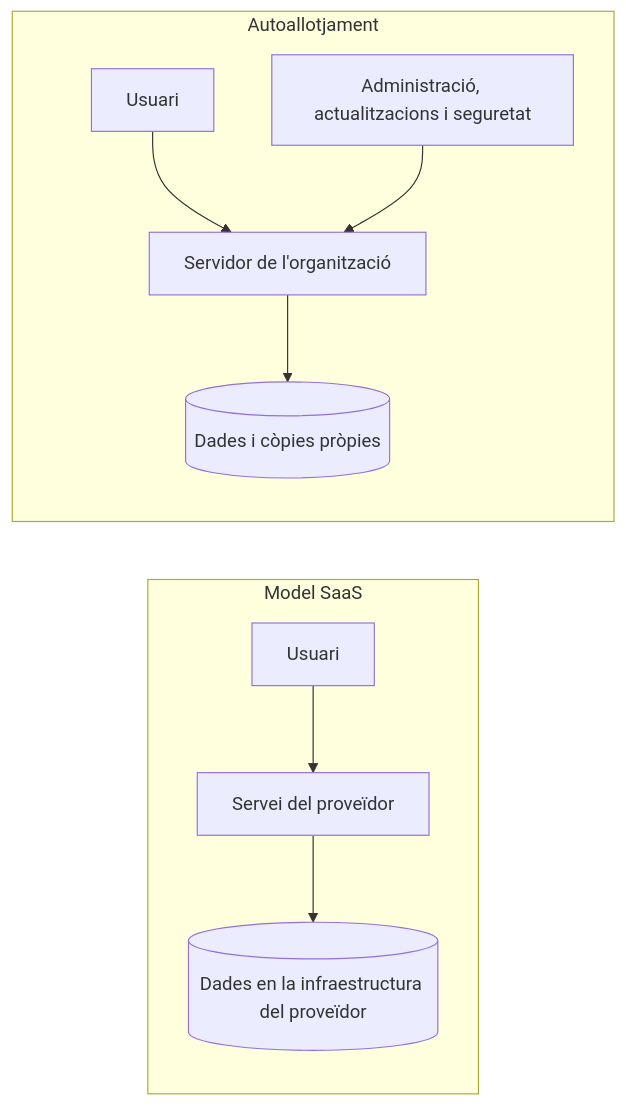
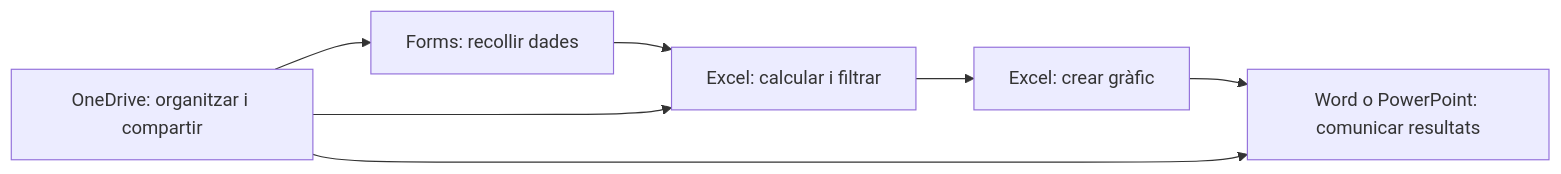
The diagram in docs/smx-aw/up2/02-solucions-ofimatica-web.md (jordicido/jordicina), drawn with Mermaid before and after one commit. The commit also changed other lines of this file and 5 other files, not shown here.

````diff
--- a/docs/smx-aw/up2/02-solucions-ofimatica-web.md
+++ b/docs/smx-aw/up2/02-solucions-ofimatica-web.md
@@ -98,12 +26,9 @@
 ```mermaid
 flowchart LR
-    subgraph SaaS[Model SaaS]
-        US[Usuari] --> PS[Servei del proveïdor]
-        PS --> PD[(Dades en la infraestructura del proveïdor)]
-    end
-    subgraph SELF[Autoallotjament]
-        U2[Usuari] --> S2[Servidor de l'organització]
-        S2 --> D2[(Dades i còpies pròpies)]
-        ADM[Administració, actualitzacions i seguretat] --> S2
-    end
+    F[Forms: recollir dades] --> E[Excel: calcular i filtrar]
+    E --> G[Excel: crear gràfic]
+    G --> W[Word o PowerPoint: comunicar resultats]
+    O[OneDrive: organitzar i compartir] --> F
+    O --> E
+    O --> W
 ```
````
